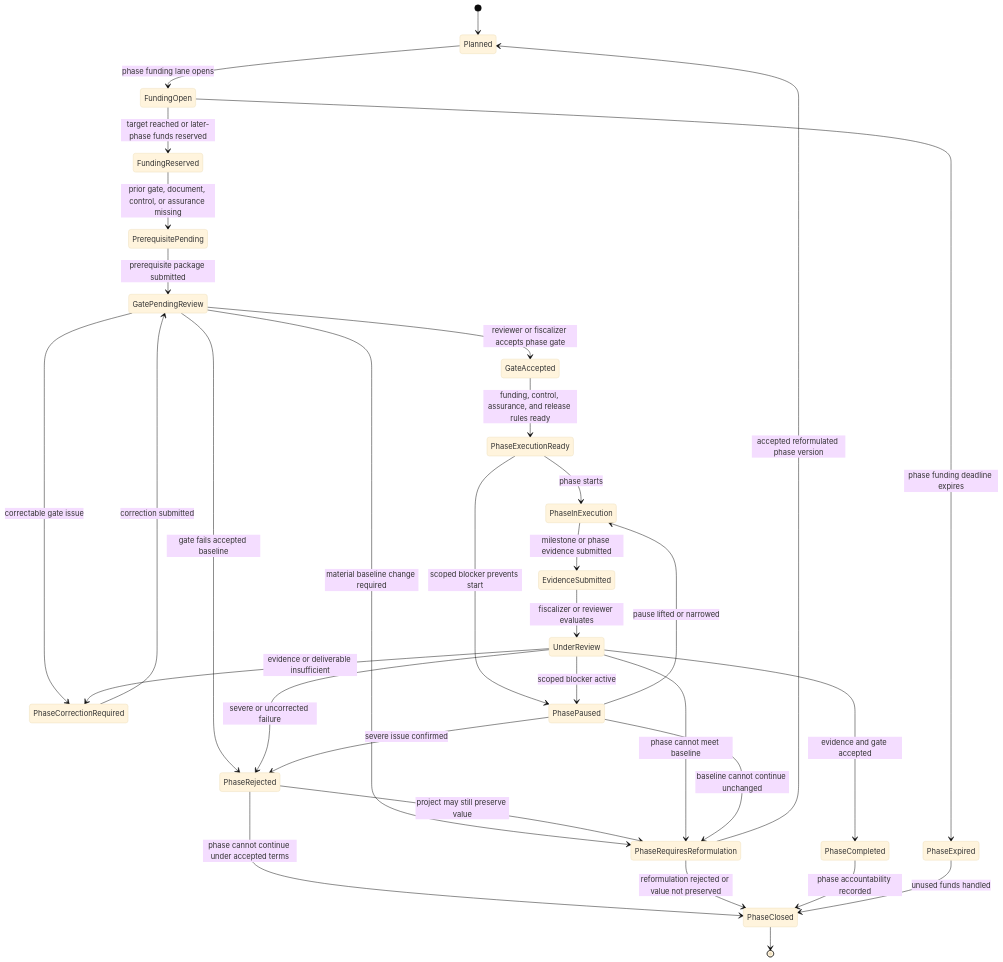
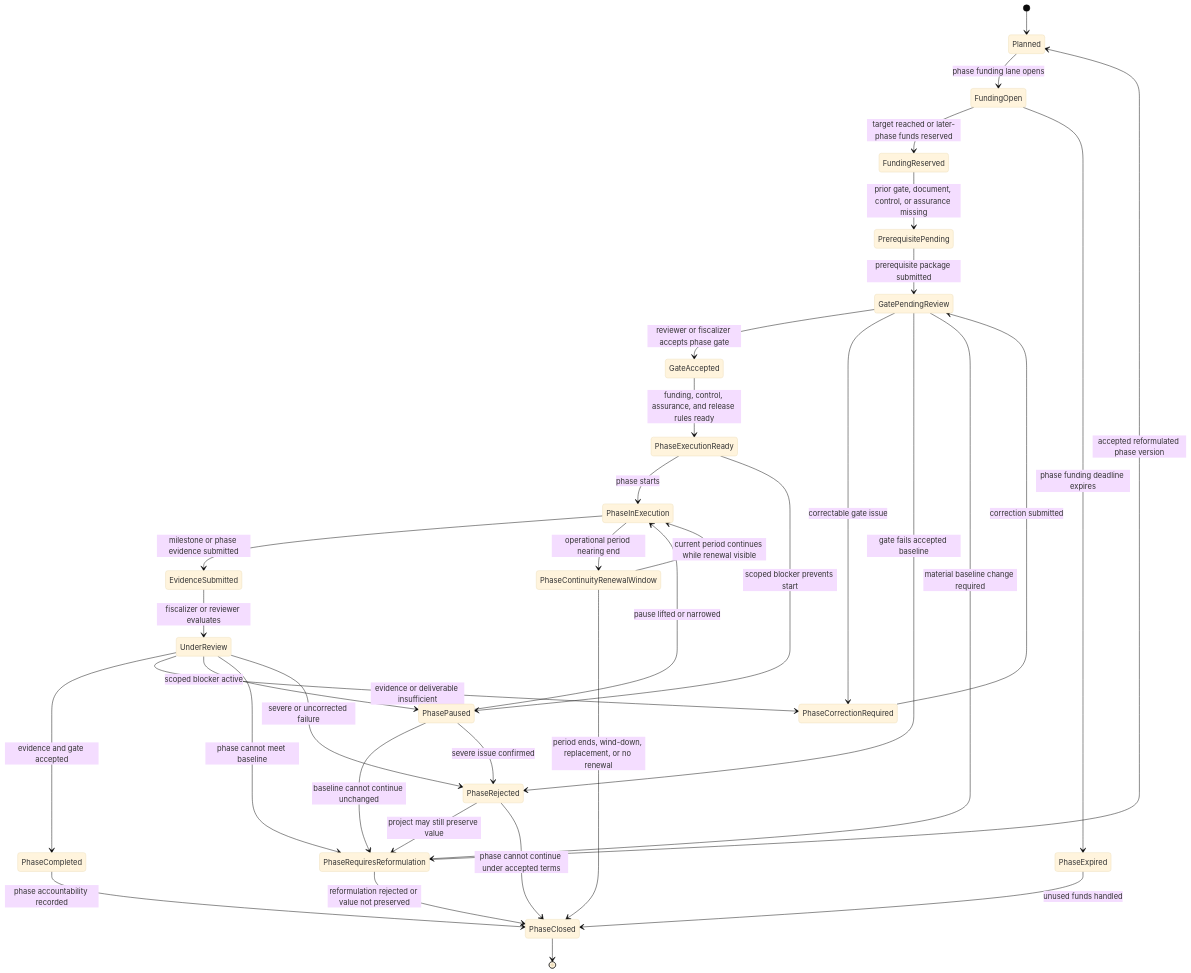
The second of 2 diagrams in docs/diagrams/v0-project-object-state-with-phase-substates.md (moffermann/distributed-governance-research), drawn with Mermaid (base theme) before and after one commit. The commit also changed other lines of this file and 41 other files, not shown here.

````diff
--- a/docs/diagrams/v0-project-object-state-with-phase-substates.md
+++ b/docs/diagrams/v0-project-object-state-with-phase-substates.md
@@ -66,41 +70,44 @@
 ```mermaid
 stateDiagram-v2
     [*] --> Planned
     Planned --> FundingOpen: phase funding lane opens
     FundingOpen --> FundingReserved: target reached or later-phase funds reserved
     FundingOpen --> PhaseExpired: phase funding deadline expires
 
     FundingReserved --> PrerequisitePending: prior gate, document, control, or assurance missing
     PrerequisitePending --> GatePendingReview: prerequisite package submitted
     GatePendingReview --> GateAccepted: reviewer or fiscalizer accepts phase gate
     GatePendingReview --> PhaseCorrectionRequired: correctable gate issue
     GatePendingReview --> PhaseRejected: gate fails accepted baseline
     GatePendingReview --> PhaseRequiresReformulation: material baseline change required
 
     PhaseCorrectionRequired --> GatePendingReview: correction submitted
     PhaseRejected --> PhaseRequiresReformulation: project may still preserve value
     PhaseRejected --> PhaseClosed: phase cannot continue under accepted terms
 
     GateAccepted --> PhaseExecutionReady: funding, control, assurance, and release rules ready
     PhaseExecutionReady --> PhaseInExecution: phase starts
     PhaseExecutionReady --> PhasePaused: scoped blocker prevents start
 
     PhaseInExecution --> EvidenceSubmitted: milestone or phase evidence submitted
+    PhaseInExecution --> PhaseContinuityRenewalWindow: operational period nearing end
+    PhaseContinuityRenewalWindow --> PhaseInExecution: current period continues while renewal visible
+    PhaseContinuityRenewalWindow --> PhaseClosed: period ends, wind-down, replacement, or no renewal
     EvidenceSubmitted --> UnderReview: fiscalizer or reviewer evaluates
     UnderReview --> PhaseCompleted: evidence and gate accepted
     UnderReview --> PhaseCorrectionRequired: evidence or deliverable insufficient
     UnderReview --> PhasePaused: scoped blocker active
     UnderReview --> PhaseRequiresReformulation: phase cannot meet baseline
     UnderReview --> PhaseRejected: severe or uncorrected failure
 
     PhasePaused --> PhaseInExecution: pause lifted or narrowed
     PhasePaused --> PhaseRequiresReformulation: baseline cannot continue unchanged
     PhasePaused --> PhaseRejected: severe issue confirmed
 
     PhaseRequiresReformulation --> Planned: accepted reformulated phase version
     PhaseRequiresReformulation --> PhaseClosed: reformulation rejected or value not preserved
 
     PhaseCompleted --> PhaseClosed: phase accountability recorded
     PhaseExpired --> PhaseClosed: unused funds handled
     PhaseClosed --> [*]
 ```
````
